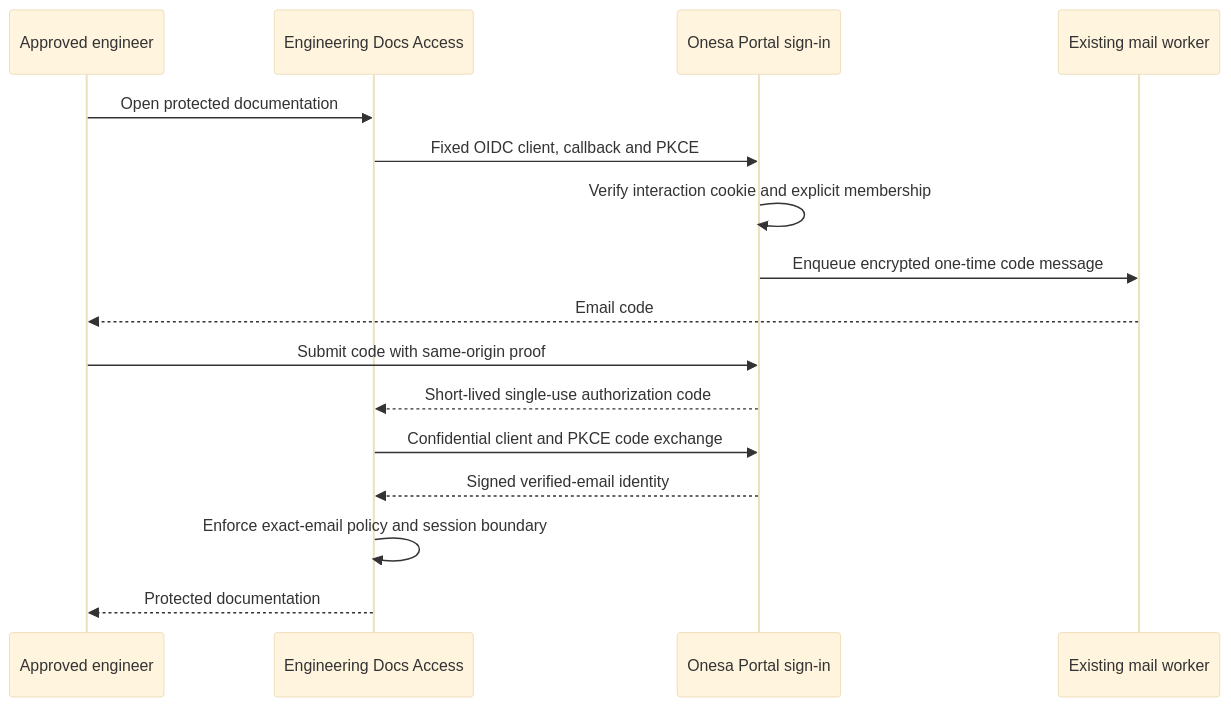
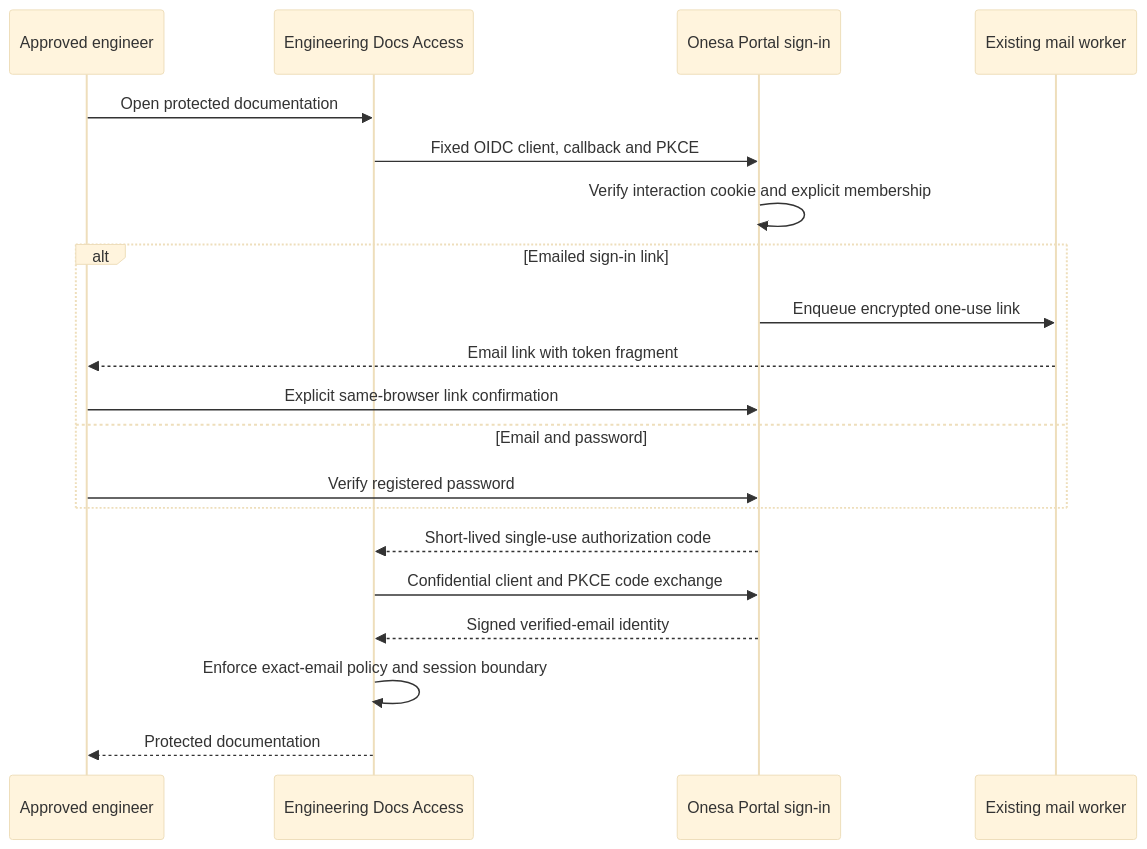
Before and after one commit to DruHustle/onesa-ai-platform: the diagram in docs/diagrams/engineering-docs-identity.mmd, drawn with Mermaid (base theme). The commit also changed 21 other files, not shown here.

Commit message:
Document approved registration and link or password access

```diff
--- a/docs/diagrams/engineering-docs-identity.mmd
+++ b/docs/diagrams/engineering-docs-identity.mmd
@@ -1,16 +1,20 @@
 sequenceDiagram
  participant E as Approved engineer
  participant A as Engineering Docs Access
  participant P as Onesa Portal sign-in
  participant M as Existing mail worker
  E->>A: Open protected documentation
  A->>P: Fixed OIDC client, callback and PKCE
  P->>P: Verify interaction cookie and explicit membership
- P->>M: Enqueue encrypted one-time code message
- M-->>E: Email code
- E->>P: Submit code with same-origin proof
+ alt Emailed sign-in link
+ P->>M: Enqueue encrypted one-use link
+ M-->>E: Email link with token fragment
+ E->>P: Explicit same-browser link confirmation
+ else Email and password
+ E->>P: Verify registered password
+ end
  P-->>A: Short-lived single-use authorization code
  A->>P: Confidential client and PKCE code exchange
  P-->>A: Signed verified-email identity
  A->>A: Enforce exact-email policy and session boundary
  A-->>E: Protected documentation
```
